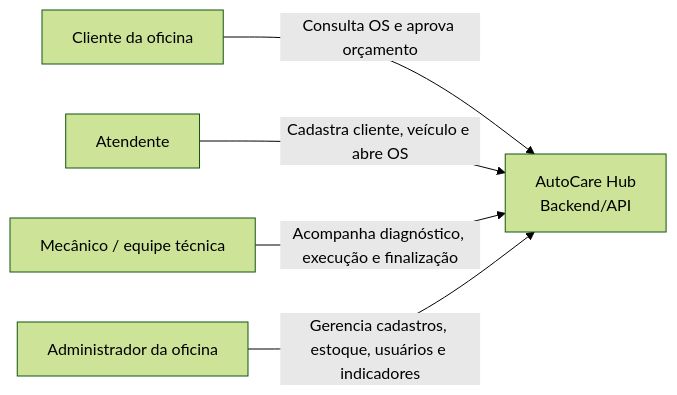
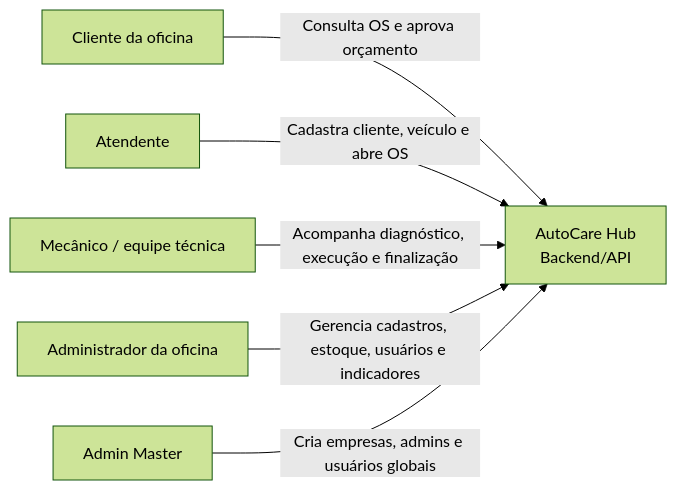
One commit to yxsbx/SOAT-FIAP changed the third of 6 diagrams in docs/ARCHITECTURE.md. Above: the diagram before and after it, drawn with Mermaid (forest theme). The commit also changed other lines of this file and 28 other files, not shown here.

````diff
--- a/docs/ARCHITECTURE.md
+++ b/docs/ARCHITECTURE.md
@@ -224,13 +224,15 @@
 ```mermaid
 flowchart LR
     Cliente["Cliente da oficina"]
     Atendente["Atendente"]
     Mecanico["Mecânico / equipe técnica"]
     Admin["Administrador da oficina"]
+    Master["Admin Master"]
     Sistema["AutoCare Hub\nBackend/API"]
 
     Cliente -->|"Consulta OS e aprova orçamento"| Sistema
     Atendente -->|"Cadastra cliente, veículo e abre OS"| Sistema
     Mecanico -->|"Acompanha diagnóstico, execução e finalização"| Sistema
     Admin -->|"Gerencia cadastros, estoque, usuários e indicadores"| Sistema
+    Master -->|"Cria empresas, admins e usuários globais"| Sistema
 ```
````
